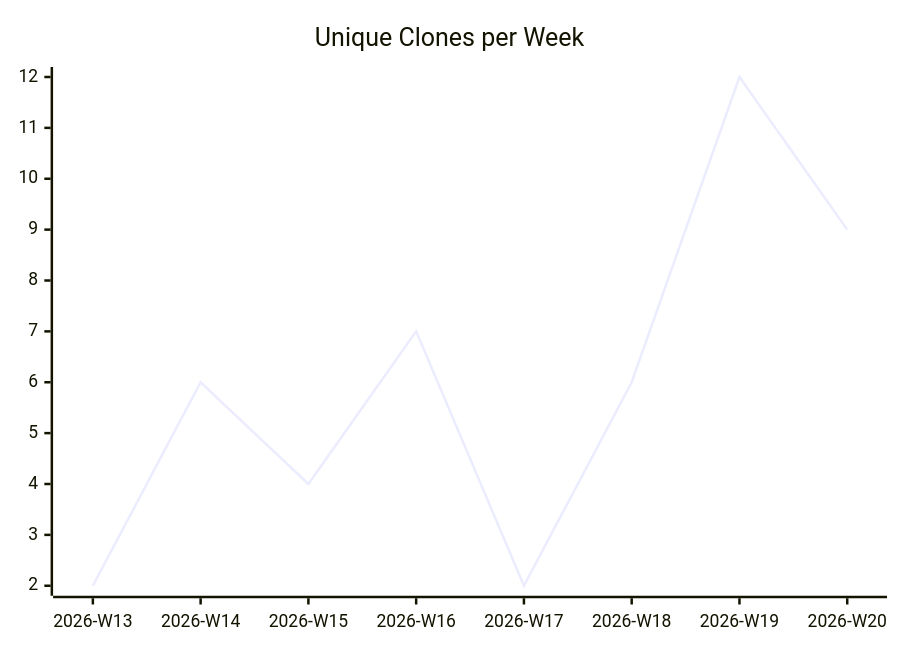
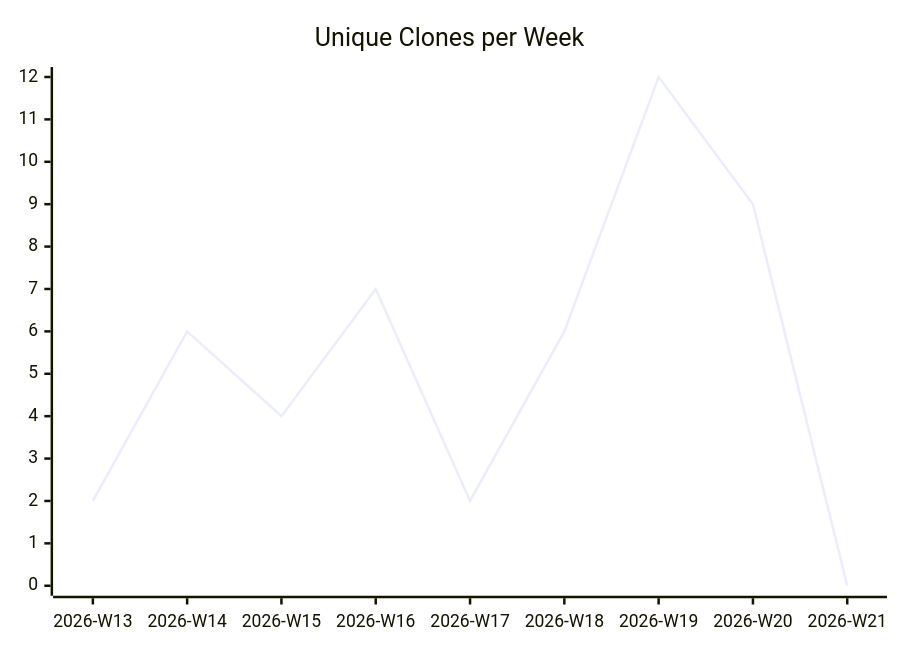
Before and after one commit to justdavis-family/github-analytics-data: the third of 3 diagrams in karlmdavis/obsidian-operator/README.md, drawn with Mermaid. The commit also changed other lines of this file and 189 other files, not shown here.

````diff
--- a/karlmdavis/obsidian-operator/README.md
+++ b/karlmdavis/obsidian-operator/README.md
@@ -19,6 +19,6 @@
 ```mermaid
 xychart-beta
   title "Unique Clones per Week"
-  x-axis ["2026-W13", "2026-W14", "2026-W15", "2026-W16", "2026-W17", "2026-W18", "2026-W19", "2026-W20"]
-  line [2, 6, 4, 7, 2, 6, 12, 9]
+  x-axis ["2026-W13", "2026-W14", "2026-W15", "2026-W16", "2026-W17", "2026-W18", "2026-W19", "2026-W20", "2026-W21"]
+  line [2, 6, 4, 7, 2, 6, 12, 9, 0]
 ```
````
